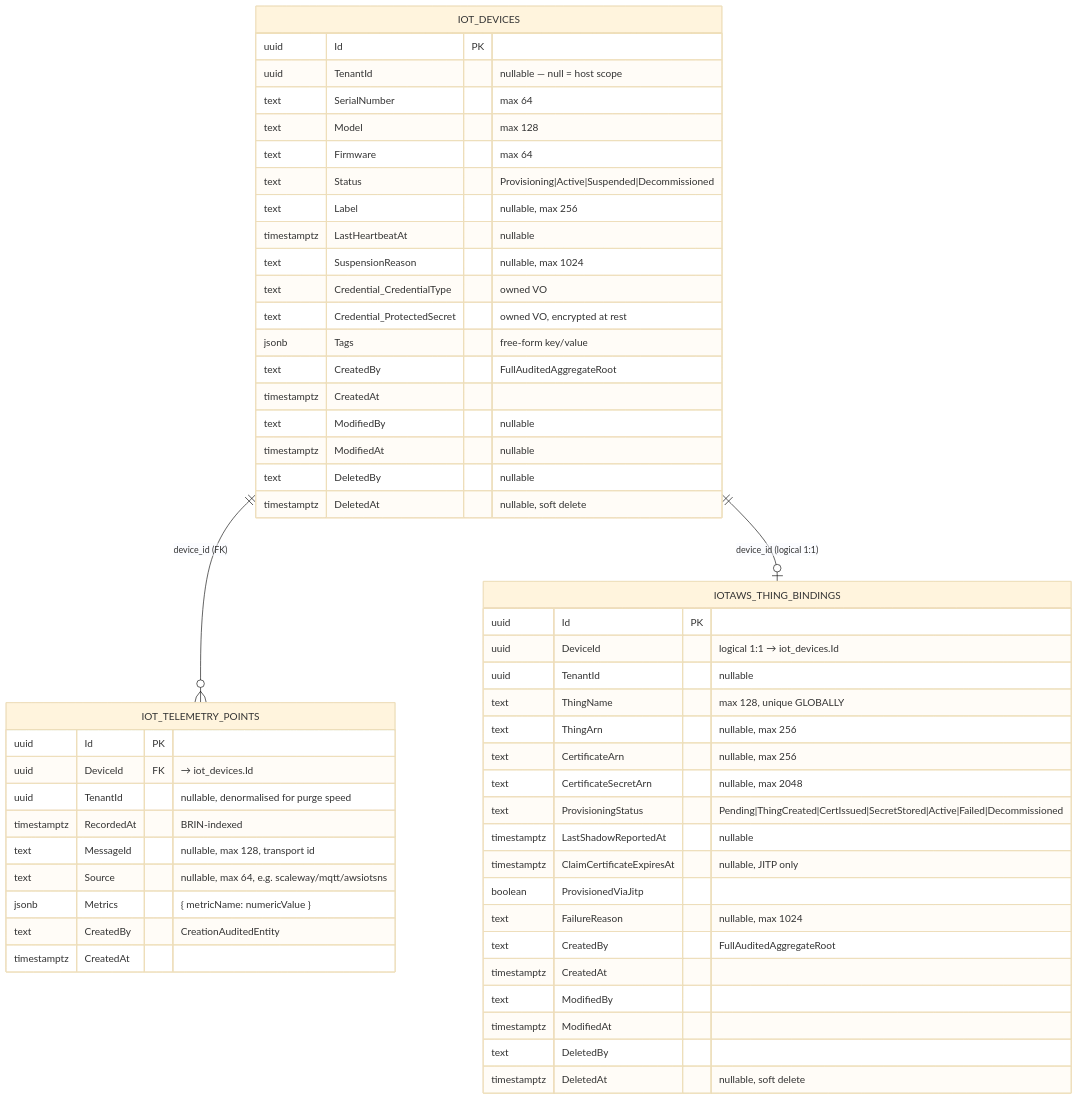
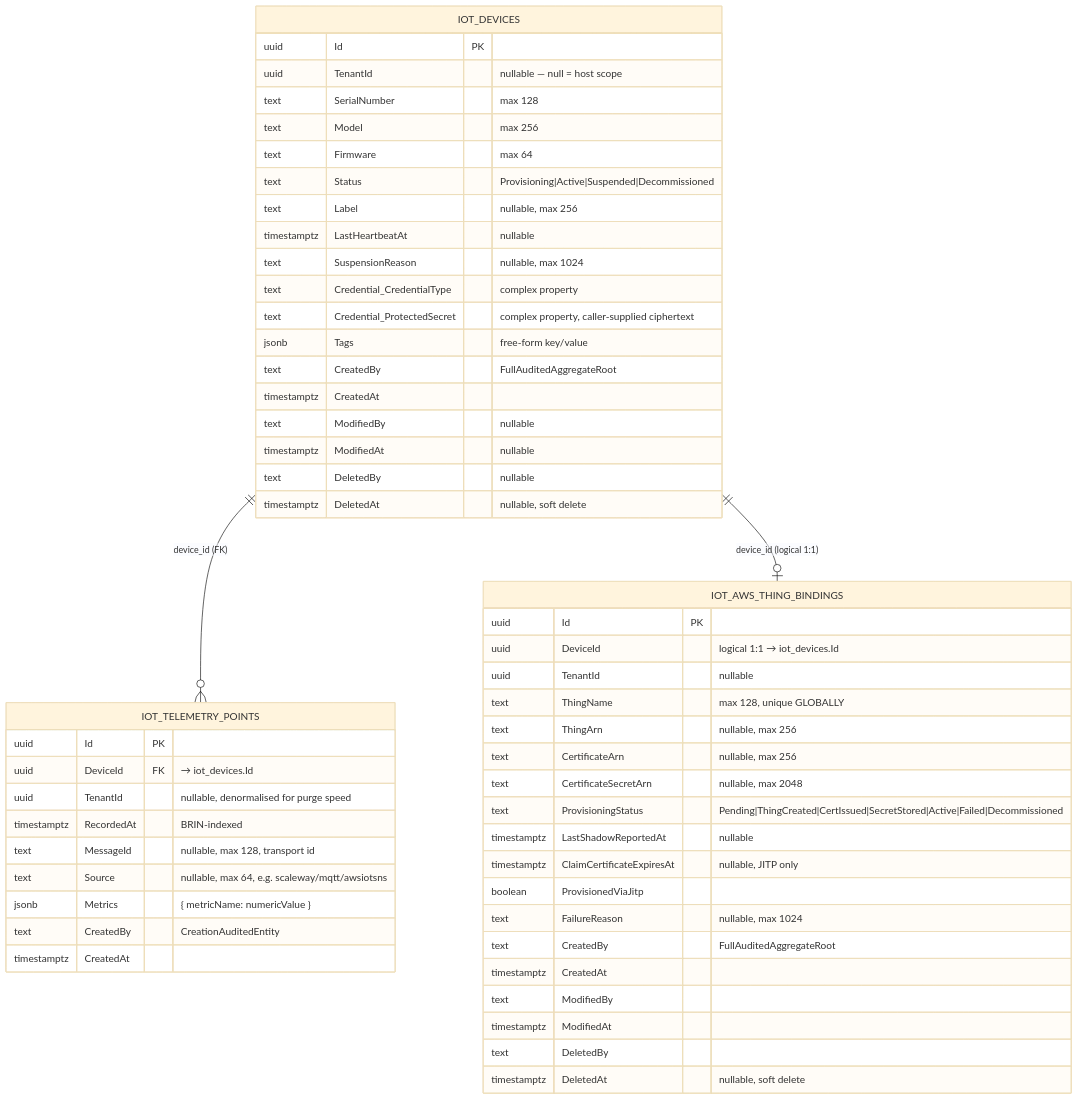
Before and after one commit to granit-fx/granit-docs: the second of 3 diagrams in src/content/docs/dotnet/iot/data-model.mdx, drawn with Mermaid (base theme). The commit also changed other lines of this file and 12 other files, not shown here.

````diff
--- a/src/content/docs/dotnet/iot/data-model.mdx
+++ b/src/content/docs/dotnet/iot/data-model.mdx
@@ -61,59 +61,59 @@
 ```mermaid
 erDiagram
   IOT_DEVICES ||--o{ IOT_TELEMETRY_POINTS : "device_id (FK)"
-  IOT_DEVICES ||--o| IOTAWS_THING_BINDINGS : "device_id (logical 1:1)"
+  IOT_DEVICES ||--o| IOT_AWS_THING_BINDINGS : "device_id (logical 1:1)"
 
   IOT_DEVICES {
     uuid Id PK
     uuid TenantId "nullable — null = host scope"
-    text SerialNumber "max 64"
-    text Model "max 128"
+    text SerialNumber "max 128"
+    text Model "max 256"
     text Firmware "max 64"
     text Status "Provisioning|Active|Suspended|Decommissioned"
     text Label "nullable, max 256"
     timestamptz LastHeartbeatAt "nullable"
     text SuspensionReason "nullable, max 1024"
-    text Credential_CredentialType "owned VO"
-    text Credential_ProtectedSecret "owned VO, encrypted at rest"
+    text Credential_CredentialType "complex property"
+    text Credential_ProtectedSecret "complex property, caller-supplied ciphertext"
     jsonb Tags "free-form key/value"
     text CreatedBy "FullAuditedAggregateRoot"
     timestamptz CreatedAt
     text ModifiedBy "nullable"
     timestamptz ModifiedAt "nullable"
     text DeletedBy "nullable"
     timestamptz DeletedAt "nullable, soft delete"
   }
 
   IOT_TELEMETRY_POINTS {
     uuid Id PK
     uuid DeviceId FK "→ iot_devices.Id"
     uuid TenantId "nullable, denormalised for purge speed"
     timestamptz RecordedAt "BRIN-indexed"
     text MessageId "nullable, max 128, transport id"
     text Source "nullable, max 64, e.g. scaleway/mqtt/awsiotsns"
     jsonb Metrics "{ metricName: numericValue }"
     text CreatedBy "CreationAuditedEntity"
     timestamptz CreatedAt
   }
 
-  IOTAWS_THING_BINDINGS {
+  IOT_AWS_THING_BINDINGS {
     uuid Id PK
     uuid DeviceId "logical 1:1 → iot_devices.Id"
     uuid TenantId "nullable"
     text ThingName "max 128, unique GLOBALLY"
     text ThingArn "nullable, max 256"
     text CertificateArn "nullable, max 256"
     text CertificateSecretArn "nullable, max 2048"
     text ProvisioningStatus "Pending|ThingCreated|CertIssued|SecretStored|Active|Failed|Decommissioned"
     timestamptz LastShadowReportedAt "nullable"
     timestamptz ClaimCertificateExpiresAt "nullable, JITP only"
     boolean ProvisionedViaJitp
     text FailureReason "nullable, max 1024"
     text CreatedBy "FullAuditedAggregateRoot"
     timestamptz CreatedAt
     text ModifiedBy
     timestamptz ModifiedAt
     text DeletedBy
     timestamptz DeletedAt "nullable, soft delete"
   }
 ```
````
